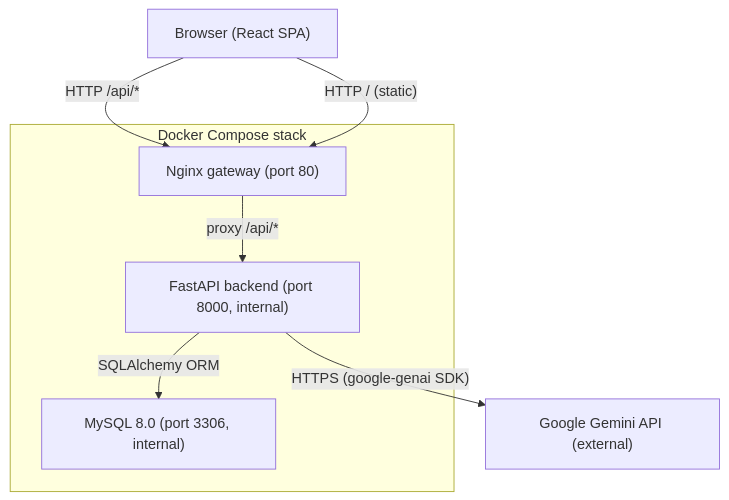
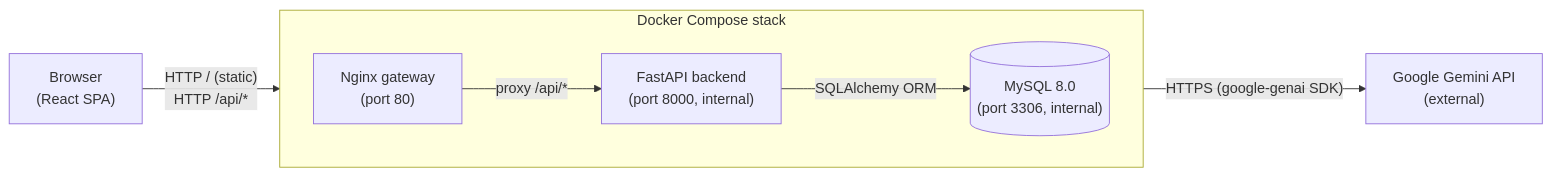
The diagram in README.md (anikod25/AEGIS), drawn with Mermaid before and after one commit.

Commit message:
Fix formatting in README.md for clarity

````diff
--- a/README.md
+++ b/README.md
@@ -101,18 +101,18 @@
 ```mermaid
-graph TD
-    Browser["Browser (React SPA)"]
+graph LR
+    Browser["Browser<br/>(React SPA)"]
 
     subgraph Docker["Docker Compose stack"]
-        Gateway["Nginx gateway (port 80)"]
-        Backend["FastAPI backend (port 8000, internal)"]
-        DB["MySQL 8.0 (port 3306, internal)"]
+        direction LR
+        Gateway["Nginx gateway<br/>(port 80)"]
+        Backend["FastAPI backend<br/>(port 8000, internal)"]
+        DB[("MySQL 8.0<br/>(port 3306, internal)")]
     end
 
-    Gemini["Google Gemini API (external)"]
+    Gemini["Google Gemini API<br/>(external)"]
 
-    Browser -->|"HTTP /api/*"| Gateway
-    Browser -->|"HTTP / (static)"| Gateway
+    Browser -->|"HTTP / (static)<br/>HTTP /api/*"| Gateway
     Gateway -->|"proxy /api/*"| Backend
-    Backend -->|SQLAlchemy ORM| DB
+    Backend -->|"SQLAlchemy ORM"| DB
     Backend -->|"HTTPS (google-genai SDK)"| Gemini
 ```
````
